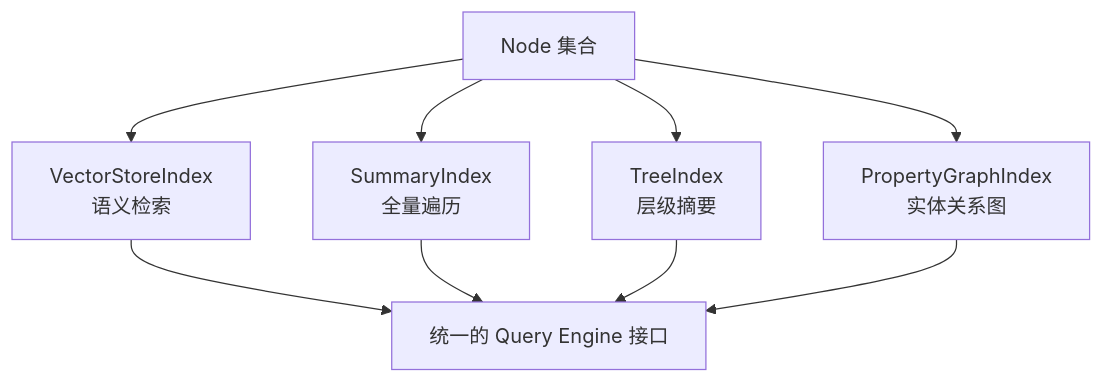
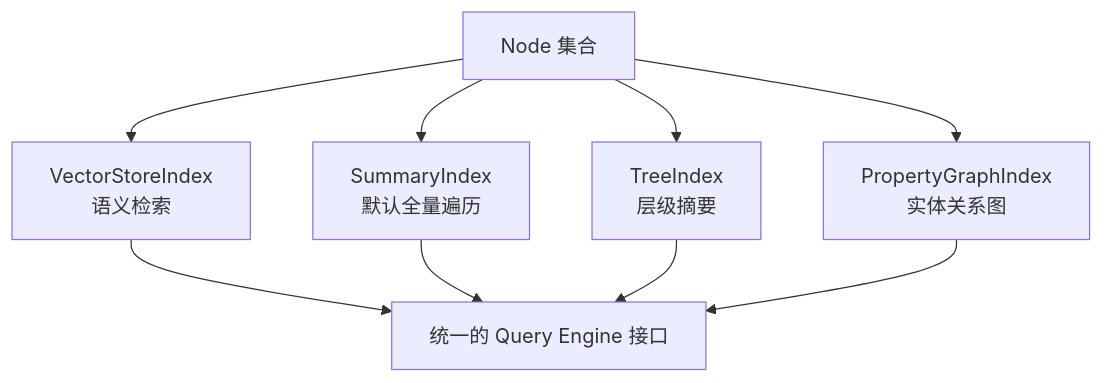
Before and after one commit to oneleaveknowsthefall/awesome-ai-roadmap: the second of 2 diagrams in docs/frameworks/02-llamaindex/14-data-index-abstractions.md, drawn with Mermaid. The commit also changed other lines of this file and 61 other files, not shown here.

````diff
--- a/docs/frameworks/02-llamaindex/14-data-index-abstractions.md
+++ b/docs/frameworks/02-llamaindex/14-data-index-abstractions.md
@@ -59,11 +65,11 @@
 ```mermaid
 flowchart TB
     N["Node 集合"] --> V["VectorStoreIndex<br/>语义检索"]
-    N --> S["SummaryIndex<br/>全量遍历"]
+    N --> S["SummaryIndex<br/>默认全量遍历"]
     N --> T["TreeIndex<br/>层级摘要"]
     N --> P["PropertyGraphIndex<br/>实体关系图"]
     V --> Q["统一的 Query Engine 接口"]
     S --> Q
     T --> Q
     P --> Q
 ```
````
